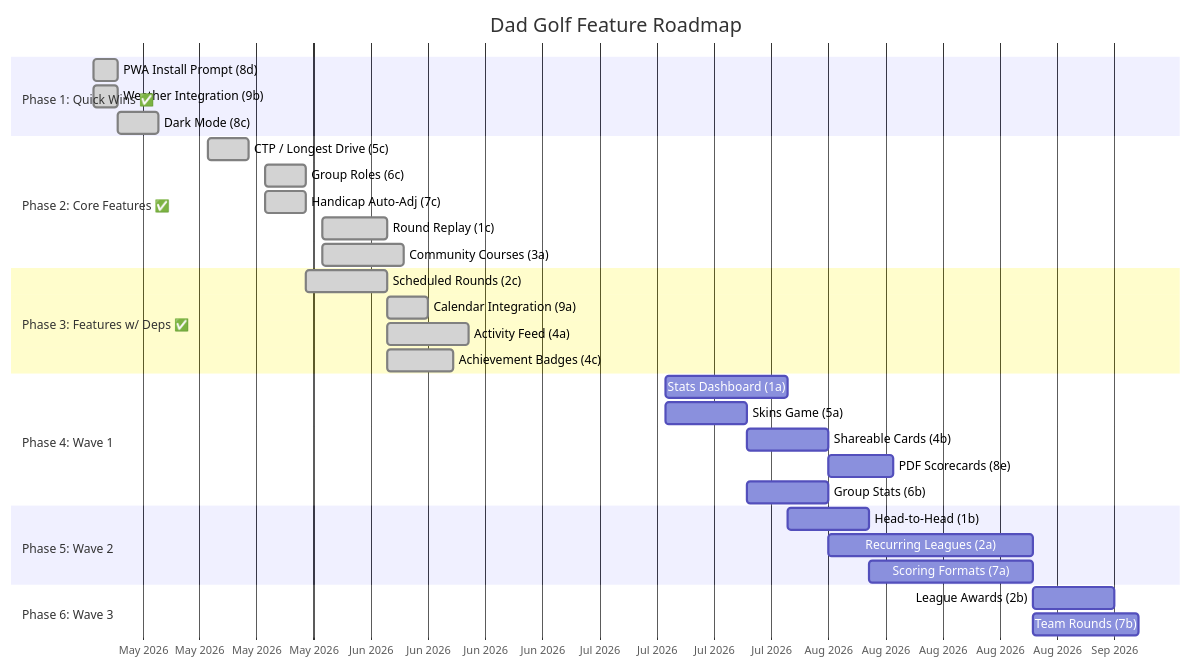
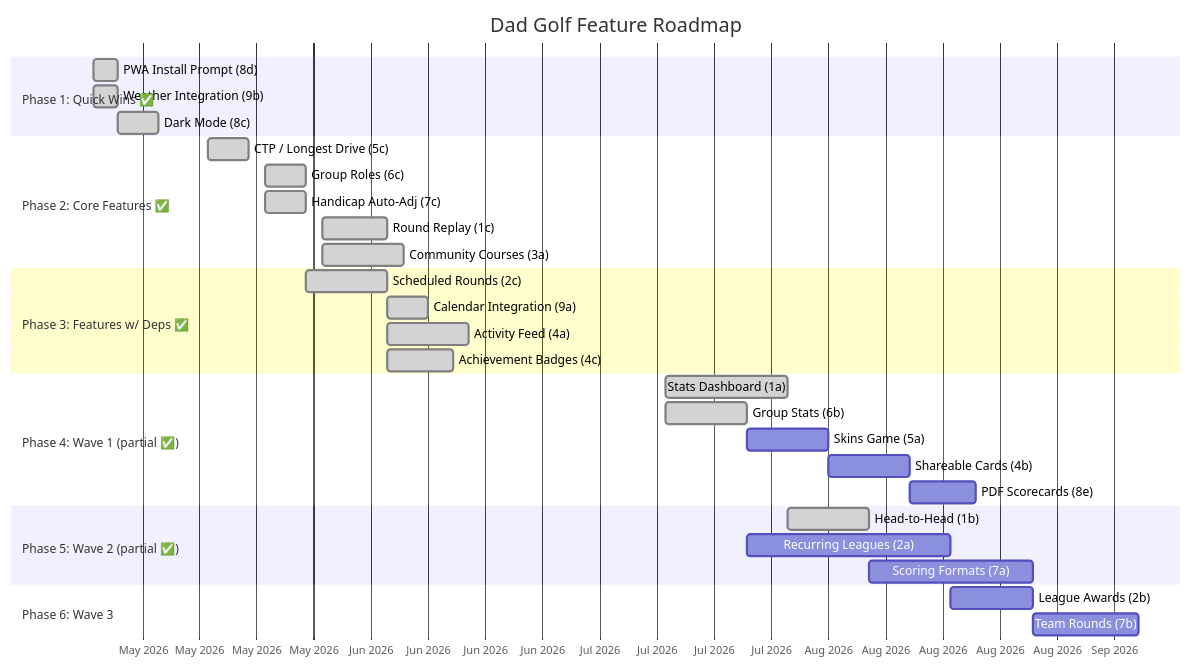
Before and after one commit to Lachy-Dauth/dad-golf: the second of 2 diagrams in docs/roadmap.md, drawn with Mermaid. The commit also changed other lines of this file and 11 other files, not shown here.

````diff
--- a/docs/roadmap.md
+++ b/docs/roadmap.md
@@ -78,40 +78,40 @@
 ```mermaid
 gantt
     title Dad Golf Feature Roadmap
     dateFormat YYYY-MM-DD
     axisFormat %b %Y
 
     section Phase 1: Quick Wins ✅
     PWA Install Prompt (8d)         :done, p1b, 2026-05-04, 3d
     Weather Integration (9b)        :done, p1c, 2026-05-04, 3d
     Dark Mode (8c)                  :done, p1d, 2026-05-07, 5d
 
     section Phase 2: Core Features ✅
     CTP / Longest Drive (5c)        :done, p2b, 2026-05-18, 5d
     Group Roles (6c)                :done, p2d, 2026-05-25, 5d
     Handicap Auto-Adj (7c)          :done, p2e, 2026-05-25, 5d
     Round Replay (1c)               :done, p2a, 2026-06-01, 8d
     Community Courses (3a)          :done, p2f, 2026-06-01, 10d
 
     section Phase 3: Features w/ Deps ✅
     Scheduled Rounds (2c)           :done, p3b, after p2d, 10d
     Calendar Integration (9a)       :done, p3c, after p3b, 5d
     Activity Feed (4a)              :done, p3d, after p2a, 10d
     Achievement Badges (4c)         :done, p3e, after p2a, 8d
 
-    section Phase 4: Wave 1
-    Stats Dashboard (1a)            :p4a, 2026-07-13, 15d
-    Skins Game (5a)                 :p4b, 2026-07-13, 10d
+    section Phase 4: Wave 1 (partial ✅)
+    Stats Dashboard (1a)            :done, p4a, 2026-07-13, 15d
+    Group Stats (6b)                :done, p4e, 2026-07-13, 10d
+    Skins Game (5a)                 :p4b, after p4e, 10d
     Shareable Cards (4b)            :p4c, after p4b, 10d
     PDF Scorecards (8e)             :p4d, after p4c, 8d
-    Group Stats (6b)                :p4e, after p4b, 10d
 
-    section Phase 5: Wave 2
-    Head-to-Head (1b)               :p5a, after p4a, 10d
+    section Phase 5: Wave 2 (partial ✅)
+    Head-to-Head (1b)               :done, p5a, after p4a, 10d
     Recurring Leagues (2a)          :p5b, after p4e, 25d
     Scoring Formats (7a)            :p5c, after p5a, 20d
 
     section Phase 6: Wave 3
     League Awards (2b)              :p6a, after p5b, 10d
     Team Rounds (7b)                :p6b, after p5c, 13d
 ```
````
